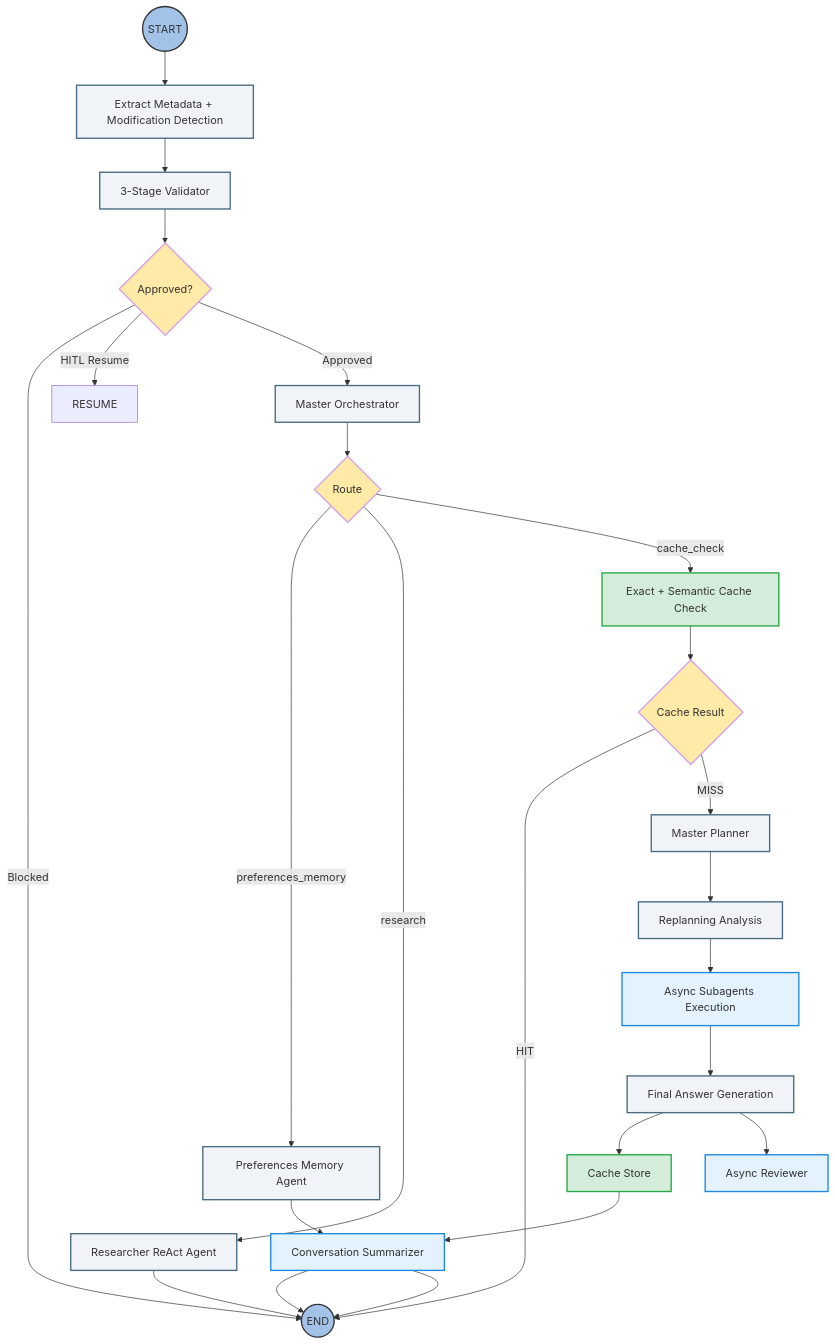
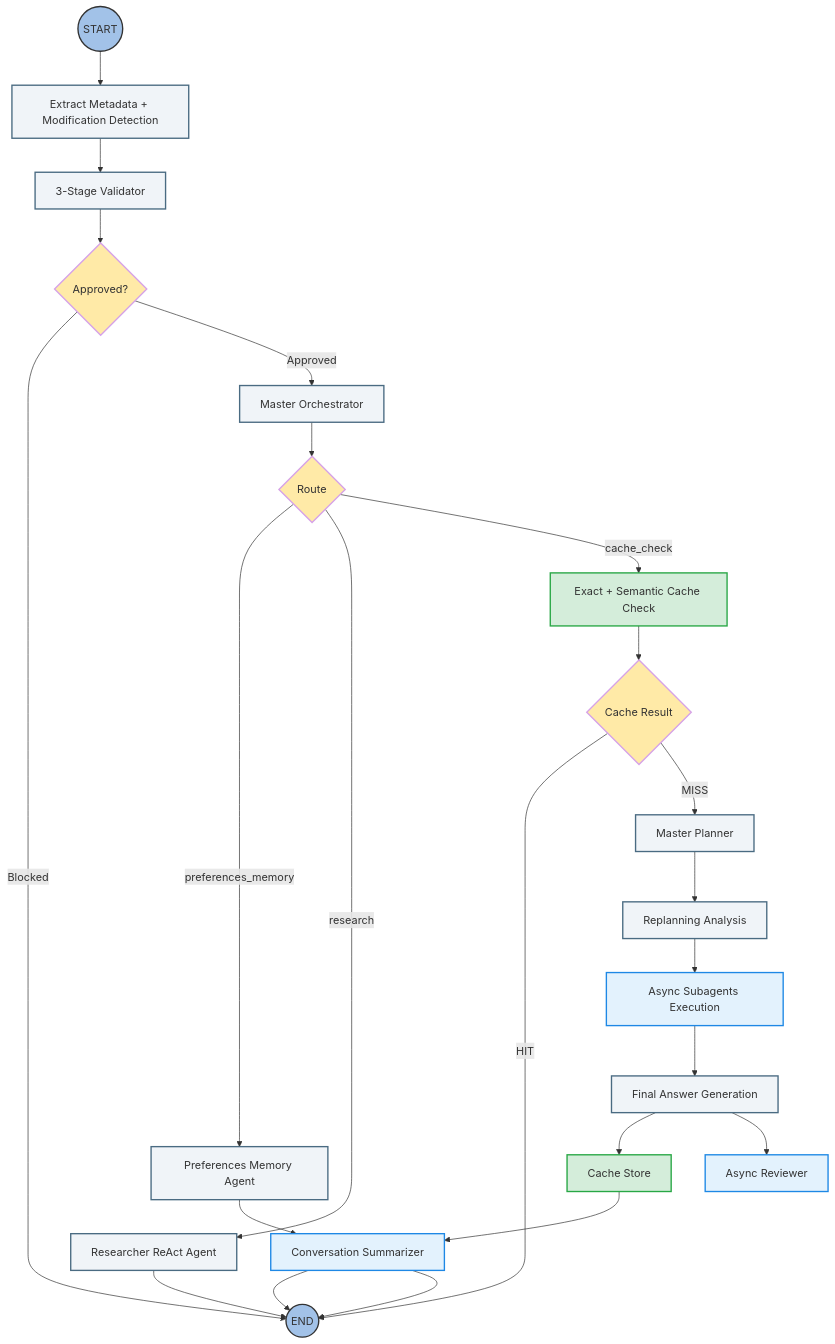
The diagram in GRAPHS.md (eladdamti100/travel-agent), drawn with Mermaid before and after one commit.

Commit message:
Remove HITL Resume transition from VALID_ROUTE

````diff
--- a/GRAPHS.md
+++ b/GRAPHS.md
@@ -6,70 +6,69 @@
 ```mermaid
 graph TD
 
     classDef startEnd fill:#A2C2E8,stroke:#333,stroke-width:2px,rx:10px,ry:10px;
     classDef process fill:#F0F4F8,stroke:#4A6B82,stroke-width:2px;
     classDef router fill:#FFEAA7,stroke:#D6A2E8,stroke-width:2px;
     classDef cache fill:#D4EDDA,stroke:#28A745,stroke-width:2px;
     classDef async fill:#E3F2FD,stroke:#1E88E5,stroke-width:2px;
     classDef hitl fill:#FFF3CD,stroke:#FFC107,stroke-width:2px;
 
     START((START)):::startEnd
 
     EXTRACT[Extract Metadata + Modification Detection]:::process
     VALIDATOR[3-Stage Validator]:::process
     VALID_ROUTE{Approved?}:::router
 
     ORCH[Master Orchestrator]:::process
     ORCH_ROUTE{Route}:::router
 
     PREFS[Preferences Memory Agent]:::process
     RESEARCHER[Researcher ReAct Agent]:::process
 
     CACHE_CHECK[Exact + Semantic Cache Check]:::cache
     CACHE_ROUTE{Cache Result}:::router
 
     PLANNER[Master Planner]:::process
     REPLAN[Replanning Analysis]:::process
     SUBAGENTS[Async Subagents Execution]:::async
 
     FINAL[Final Answer Generation]:::process
 
     CACHE_STORE[Cache Store]:::cache
     SUMMARIZER[Conversation Summarizer]:::async
     REVIEWER[Async Reviewer]:::async
 
     END((END)):::startEnd
 
     START --> EXTRACT
     EXTRACT --> VALIDATOR
     VALIDATOR --> VALID_ROUTE
 
     VALID_ROUTE -- Blocked --> END
-    VALID_ROUTE -- HITL Resume --> RESUME
     VALID_ROUTE -- Approved --> ORCH
 
     ORCH --> ORCH_ROUTE
 
     ORCH_ROUTE -- preferences_memory --> PREFS
     ORCH_ROUTE -- research --> RESEARCHER
     ORCH_ROUTE -- cache_check --> CACHE_CHECK
 
     PREFS --> SUMMARIZER --> END
 
     RESEARCHER --> END
 
     CACHE_CHECK --> CACHE_ROUTE
 
     CACHE_ROUTE -- HIT --> END
     CACHE_ROUTE -- MISS --> PLANNER
 
     PLANNER --> REPLAN
     REPLAN --> SUBAGENTS
     SUBAGENTS --> FINAL
 
     FINAL --> CACHE_STORE
     FINAL --> REVIEWER
     CACHE_STORE --> SUMMARIZER
 
     SUMMARIZER --> END
 ```
````
